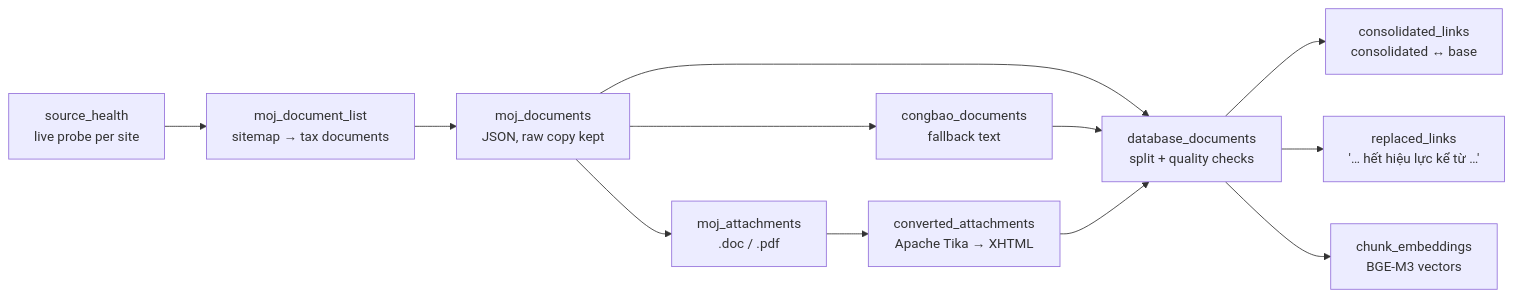
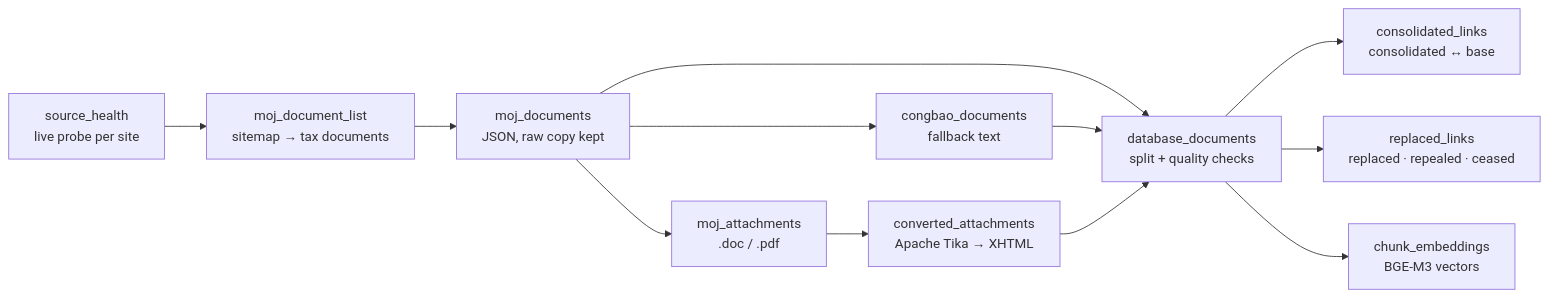
Before and after one commit to Shicukoe/TaxAssistant: the second of 5 diagrams in README.md, drawn with Mermaid. The commit also changed other lines of this file and 49 other files, not shown here.

````diff
--- a/README.md
+++ b/README.md
@@ -96,14 +118,14 @@
 ```mermaid
 flowchart LR
     A["source_health<br/>live probe per site"] --> B["moj_document_list<br/>sitemap → tax documents"]
     B --> C["moj_documents<br/>JSON, raw copy kept"]
     C --> D["moj_attachments<br/>.doc / .pdf"]
     C --> E["congbao_documents<br/>fallback text"]
     D --> F["converted_attachments<br/>Apache Tika → XHTML"]
     C --> G["database_documents<br/>split + quality checks"]
     E --> G
     F --> G
     G --> H["consolidated_links<br/>consolidated ↔ base"]
-    G --> I["replaced_links<br/>'… hết hiệu lực kể từ …'"]
+    G --> I["replaced_links<br/>replaced · repealed · ceased"]
     G --> J["chunk_embeddings<br/>BGE-M3 vectors"]
 ```
````
